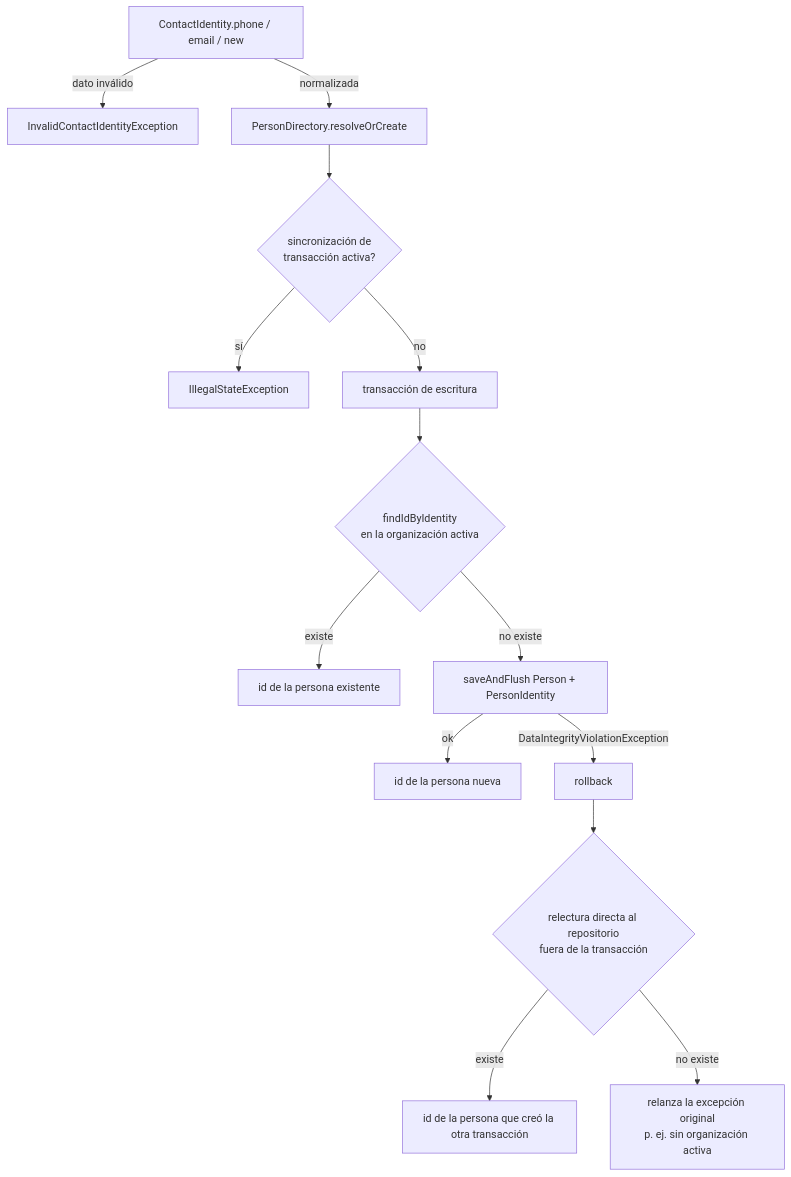
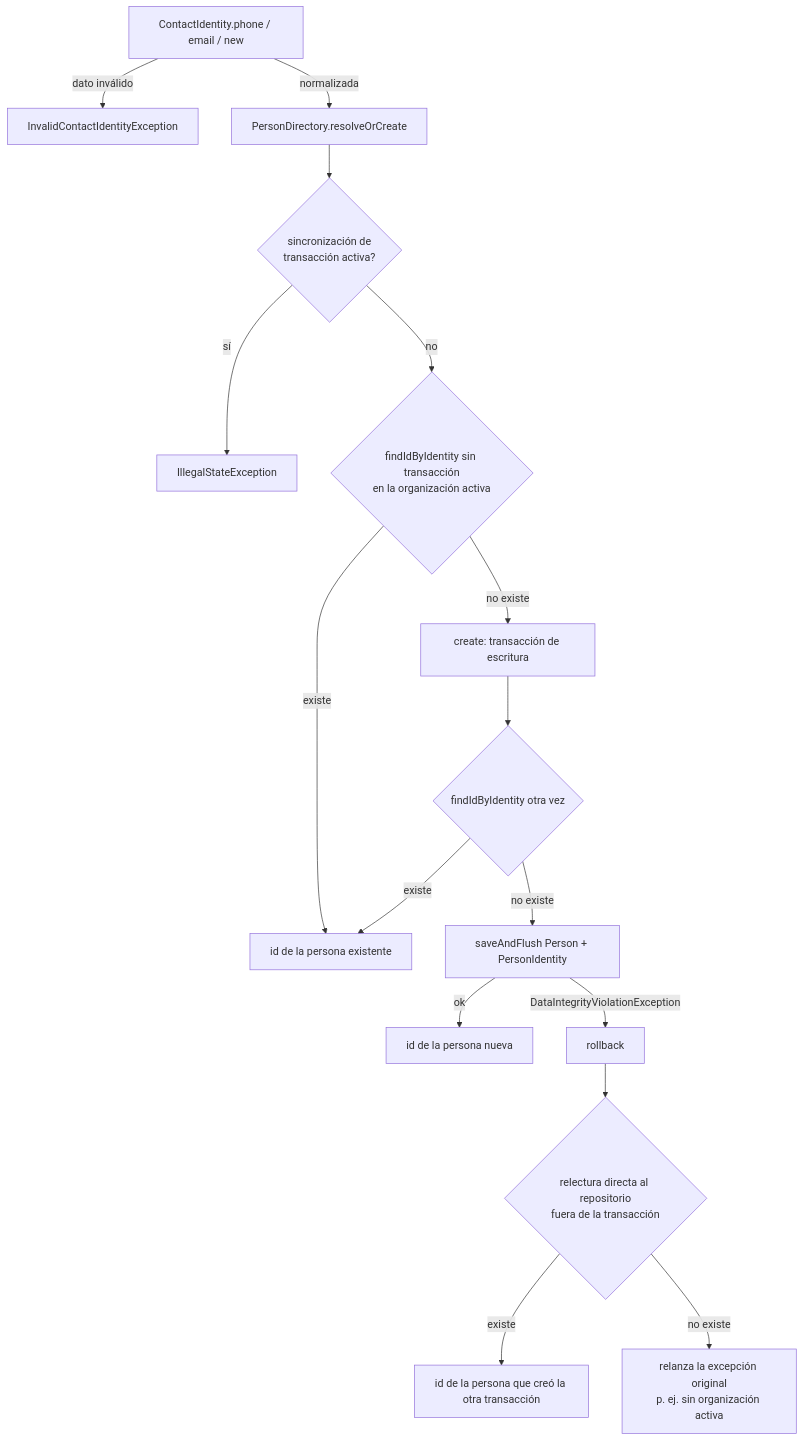
The first of 2 diagrams in docs/personas.md (zapmaxvevo/communicator-one), drawn with Mermaid before and after one commit. The commit also changed other lines of this file and 7 other files, not shown here.

````diff
--- a/docs/personas.md
+++ b/docs/personas.md
@@ -100,16 +100,18 @@
 ```mermaid
 flowchart TD
     C[ContactIdentity.phone / email / new] -->|dato inválido| X[InvalidContactIdentityException]
     C -->|normalizada| R[PersonDirectory.resolveOrCreate]
     R --> G{sincronización de<br/>transacción activa?}
     G -->|sí| I[IllegalStateException]
-    G -->|no| W[transacción de escritura]
-    W --> F{findIdByIdentity<br/>en la organización activa}
-    F -->|existe| ID[id de la persona existente]
+    G -->|no| F0{findIdByIdentity sin transacción<br/>en la organización activa}
+    F0 -->|existe| ID[id de la persona existente]
+    F0 -->|no existe| W[create: transacción de escritura]
+    W --> F{findIdByIdentity otra vez}
+    F -->|existe| ID
     F -->|no existe| S[saveAndFlush Person + PersonIdentity]
     S -->|ok| NEW[id de la persona nueva]
     S -->|DataIntegrityViolationException| RB[rollback]
     RB --> RR{relectura directa al repositorio<br/>fuera de la transacción}
     RR -->|existe| ID2[id de la persona que creó la otra transacción]
     RR -->|no existe| E[relanza la excepción original<br/>p. ej. sin organización activa]
 ```
````
